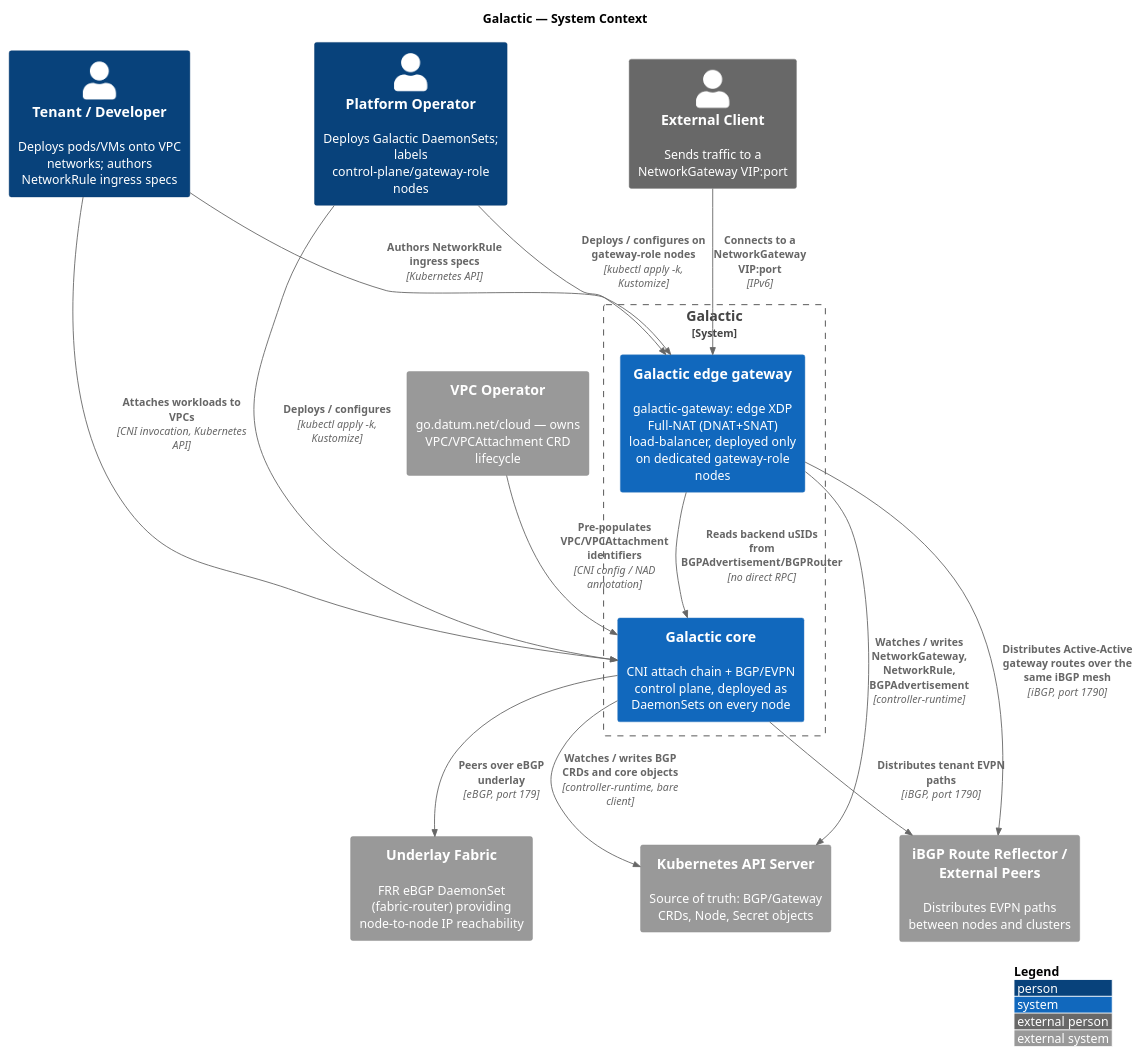
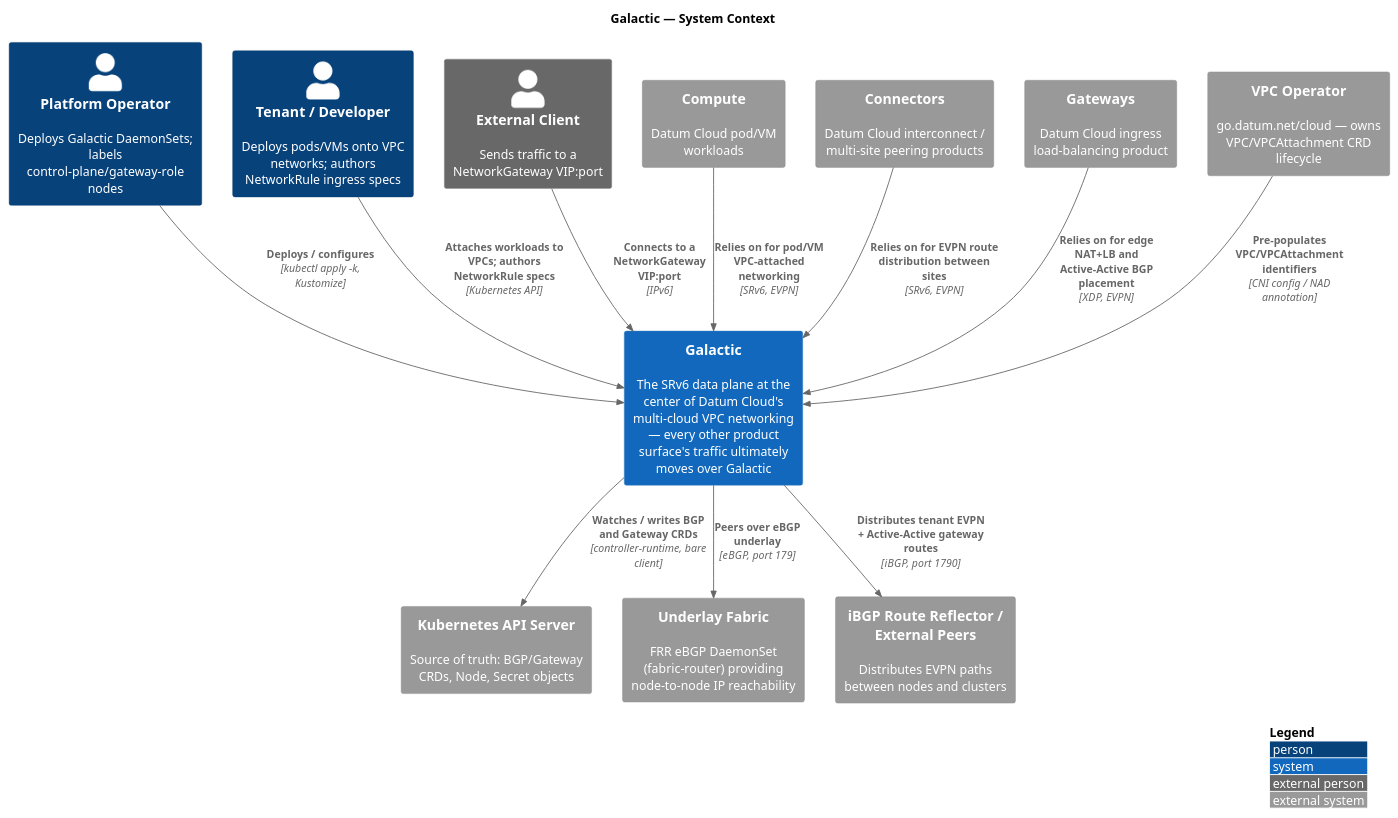
The diagram in docs/architecture/context.puml (datum-cloud/galactic), drawn with PlantUML before and after one commit. The commit also changed 7 other files, not shown here.

First line of the commit message:
docs: Address gateway architecture diagram review feedback

```diff
--- a/docs/architecture/context.puml
+++ b/docs/architecture/context.puml
@@ -1,36 +1,36 @@
 @startuml context
 !include https://raw.githubusercontent.com/plantuml-stdlib/C4-PlantUML/master/C4_Context.puml
 
 LAYOUT_WITH_LEGEND()
 
 title Galactic — System Context
 
 Person(operator, "Platform Operator", "Deploys Galactic DaemonSets; labels control-plane/gateway-role nodes")
 Person(tenant, "Tenant / Developer", "Deploys pods/VMs onto VPC networks; authors NetworkRule ingress specs")
 Person_Ext(client, "External Client", "Sends traffic to a NetworkGateway VIP:port")
 
-System_Boundary(galactic, "Galactic") {
-    System(galacticcore, "Galactic core", "CNI attach chain + BGP/EVPN control plane, deployed as DaemonSets on every node")
-    System(galacticgw, "Galactic edge gateway", "galactic-gateway: edge XDP Full-NAT (DNAT+SNAT) load-balancer, deployed only on dedicated gateway-role nodes")
-}
+System(galactic, "Galactic", "The SRv6 data plane at the center of Datum Cloud's multi-cloud VPC networking — every other product surface's traffic ultimately moves over Galactic")
+
+System_Ext(compute, "Compute", "Datum Cloud pod/VM workloads")
+System_Ext(connectors, "Connectors", "Datum Cloud interconnect / multi-site peering products")
+System_Ext(gateways, "Gateways", "Datum Cloud ingress load-balancing product")
 
 System_Ext(k8s, "Kubernetes API Server", "Source of truth: BGP/Gateway CRDs, Node, Secret objects")
 System_Ext(vpcop, "VPC Operator", "go.datum.net/cloud — owns VPC/VPCAttachment CRD lifecycle")
 System_Ext(fabric, "Underlay Fabric", "FRR eBGP DaemonSet (fabric-router) providing node-to-node IP reachability")
 System_Ext(rr, "iBGP Route Reflector / External Peers", "Distributes EVPN paths between nodes and clusters")
 
-Rel(operator, galacticcore, "Deploys / configures", "kubectl apply -k, Kustomize")
-Rel(operator, galacticgw, "Deploys / configures on gateway-role nodes", "kubectl apply -k, Kustomize")
-Rel(tenant, galacticcore, "Attaches workloads to VPCs", "CNI invocation, Kubernetes API")
-Rel(tenant, galacticgw, "Authors NetworkRule ingress specs", "Kubernetes API")
-Rel(client, galacticgw, "Connects to a NetworkGateway VIP:port", "IPv6")
-Rel(galacticgw, galacticcore, "Reads backend uSIDs from BGPAdvertisement/BGPRouter", "no direct RPC")
+Rel(operator, galactic, "Deploys / configures", "kubectl apply -k, Kustomize")
+Rel(tenant, galactic, "Attaches workloads to VPCs; authors NetworkRule specs", "Kubernetes API")
+Rel(client, galactic, "Connects to a NetworkGateway VIP:port", "IPv6")
 
-Rel(galacticcore, k8s, "Watches / writes BGP CRDs and core objects", "controller-runtime, bare client")
-Rel(galacticgw, k8s, "Watches / writes NetworkGateway, NetworkRule, BGPAdvertisement", "controller-runtime")
-Rel(vpcop, galacticcore, "Pre-populates VPC/VPCAttachment identifiers", "CNI config / NAD annotation")
-Rel(galacticcore, fabric, "Peers over eBGP underlay", "eBGP, port 179")
-Rel(galacticcore, rr, "Distributes tenant EVPN paths", "iBGP, port 1790")
-Rel(galacticgw, rr, "Distributes Active-Active gateway routes over the same iBGP mesh", "iBGP, port 1790")
+Rel(compute, galactic, "Relies on for pod/VM VPC-attached networking", "SRv6, EVPN")
+Rel(connectors, galactic, "Relies on for EVPN route distribution between sites", "SRv6, EVPN")
+Rel(gateways, galactic, "Relies on for edge NAT+LB and Active-Active BGP placement", "XDP, EVPN")
+
+Rel(galactic, k8s, "Watches / writes BGP and Gateway CRDs", "controller-runtime, bare client")
+Rel(vpcop, galactic, "Pre-populates VPC/VPCAttachment identifiers", "CNI config / NAD annotation")
+Rel(galactic, fabric, "Peers over eBGP underlay", "eBGP, port 179")
+Rel(galactic, rr, "Distributes tenant EVPN + Active-Active gateway routes", "iBGP, port 1790")
 
 @enduml
```
